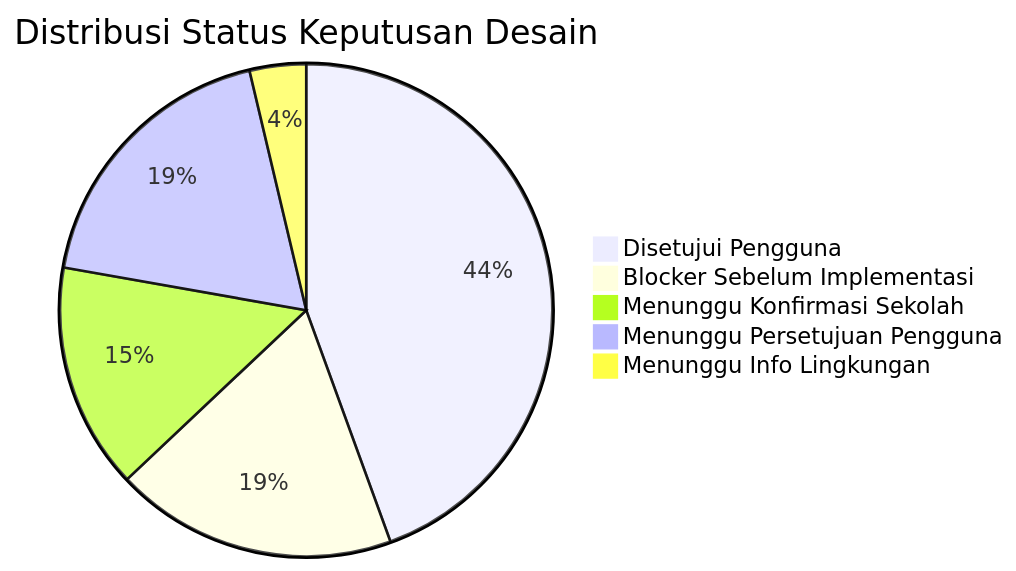
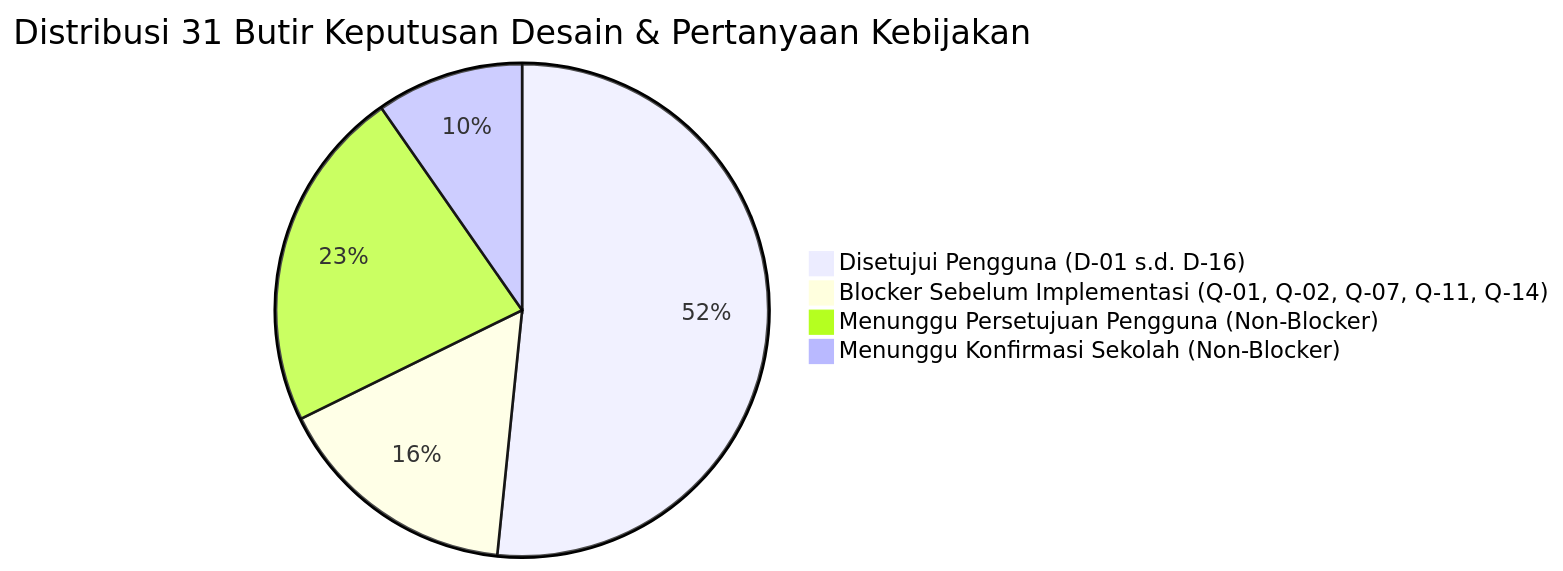
The third of 3 diagrams in .docs/.prd.md (ryanea-exe/WebsiteAppScript-AbsensiPenilaianSiswaSD), drawn with Mermaid before and after one commit. The commit also changed other lines of this file and 7 other files, not shown here.

Commit message:
refactor: update architecture, database, gemini, prd, and tasks documentation alongside security benchmarks and setup scripts

````diff
--- a/.docs/.prd.md
+++ b/.docs/.prd.md
@@ -325,8 +508,7 @@
 ```mermaid
-pie title Distribusi Status Keputusan Desain
-    "Disetujui Pengguna": 12
-    "Blocker Sebelum Implementasi": 5
-    "Menunggu Konfirmasi Sekolah": 4
-    "Menunggu Persetujuan Pengguna": 5
-    "Menunggu Info Lingkungan": 1
+pie title Distribusi 31 Butir Keputusan Desain & Pertanyaan Kebijakan
+    "Disetujui Pengguna (D-01 s.d. D-16)": 16
+    "Blocker Sebelum Implementasi (Q-01, Q-02, Q-07, Q-11, Q-14)": 5
+    "Menunggu Persetujuan Pengguna (Non-Blocker)": 7
+    "Menunggu Konfirmasi Sekolah (Non-Blocker)": 3
 ```
````
